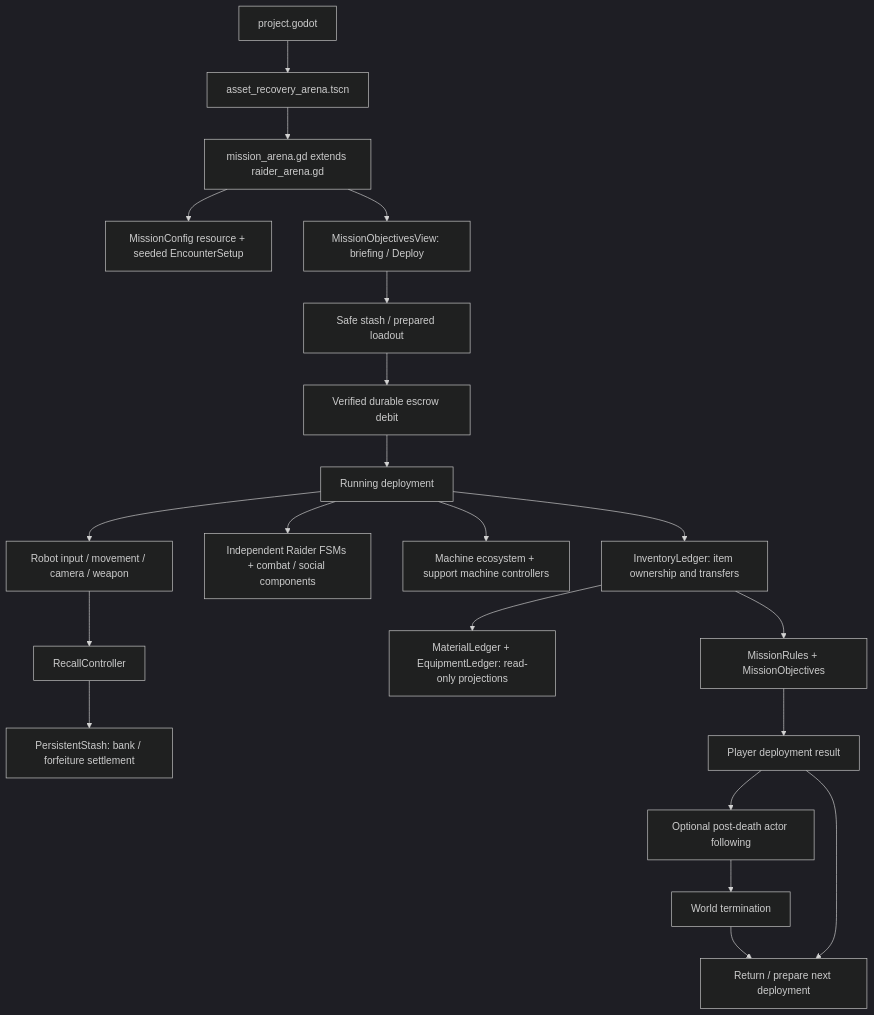
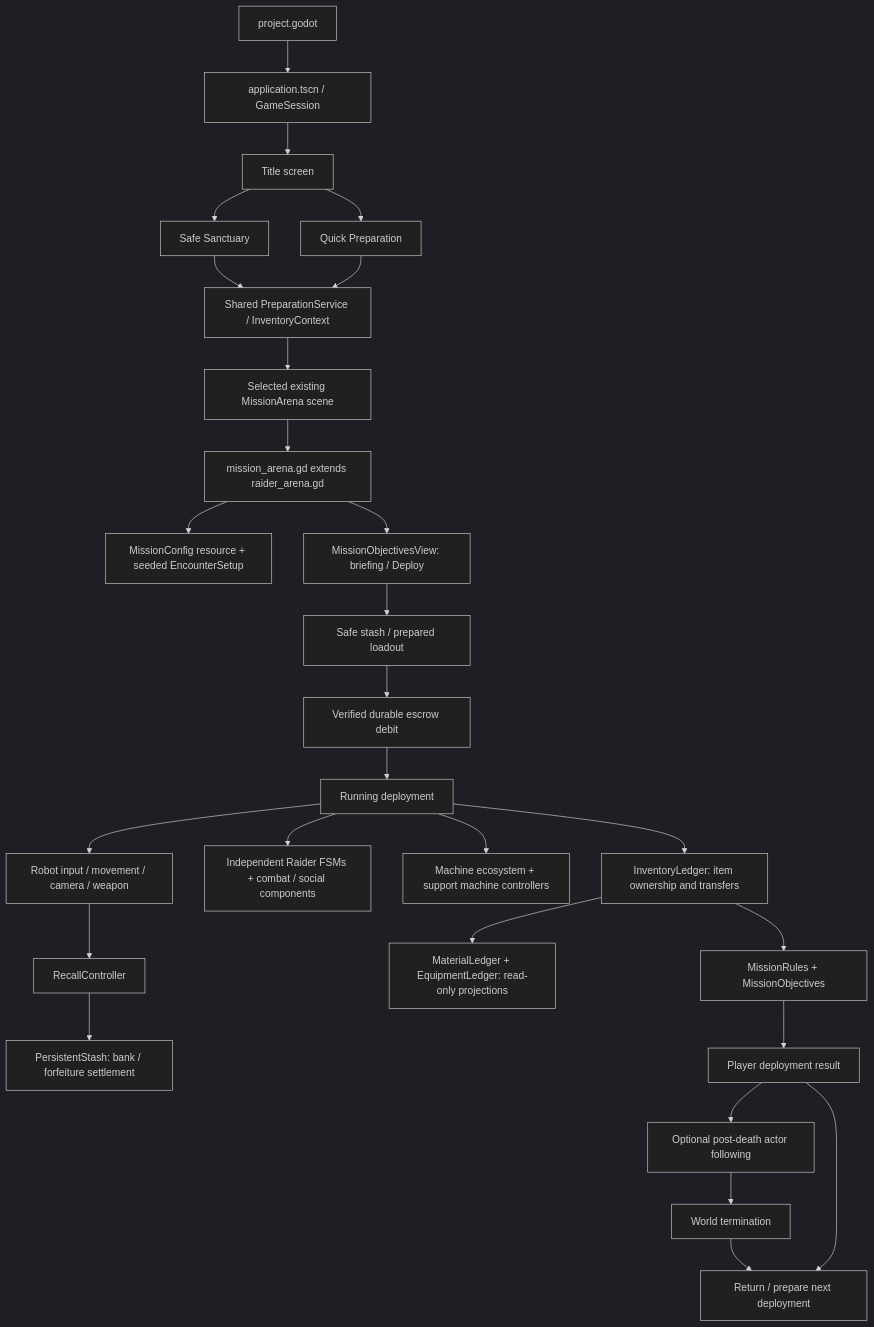
Before and after one commit to BadRobotXIII/scrap-raiders: the first of 3 diagrams in docs/architecture/game_code_flow.md, drawn with Mermaid (dark theme). The commit also changed other lines of this file and 330 other files, not shown here.

Commit message:
Stage Z & AA. Addition of inventory system, persistent loot and home base with workstations

````diff
--- a/docs/architecture/game_code_flow.md
+++ b/docs/architecture/game_code_flow.md
@@ -7,23 +7,29 @@
 ```mermaid
 flowchart TD
-    Project[project.godot] --> Default[asset_recovery_arena.tscn]
+    Project[project.godot] --> App[application.tscn / GameSession]
+    App --> Title[Title screen]
+    Title --> Home[Safe Sanctuary]
+    Title --> Quick[Quick Preparation]
+    Home --> Prep[Shared PreparationService / InventoryContext]
+    Quick --> Prep
+    Prep --> Default[Selected existing MissionArena scene]
     Default --> Controller[mission_arena.gd extends raider_arena.gd]
     Controller --> Config[MissionConfig resource + seeded EncounterSetup]
     Controller --> Briefing[MissionObjectivesView: briefing / Deploy]
     Briefing --> Prepared[Safe stash / prepared loadout]
     Prepared --> Debit[Verified durable escrow debit]
     Debit --> World[Running deployment]
     World --> Player[Robot input / movement / camera / weapon]
     World --> Raiders[Independent Raider FSMs + combat / social components]
     World --> Machines[Machine ecosystem + support machine controllers]
     World --> Accounting[InventoryLedger: item ownership and transfers]
     Accounting --> Projections[MaterialLedger + EquipmentLedger: read-only projections]
     Accounting --> Rules[MissionRules + MissionObjectives]
     Player --> Recall[RecallController]
     Recall --> Stash[PersistentStash: bank / forfeiture settlement]
     Rules --> Results[Player deployment result]
     Results --> Observe[Optional post-death actor following]
     Observe --> WorldEnd[World termination]
     Results --> Restart[Return / prepare next deployment]
     WorldEnd --> Restart
 ```
````
